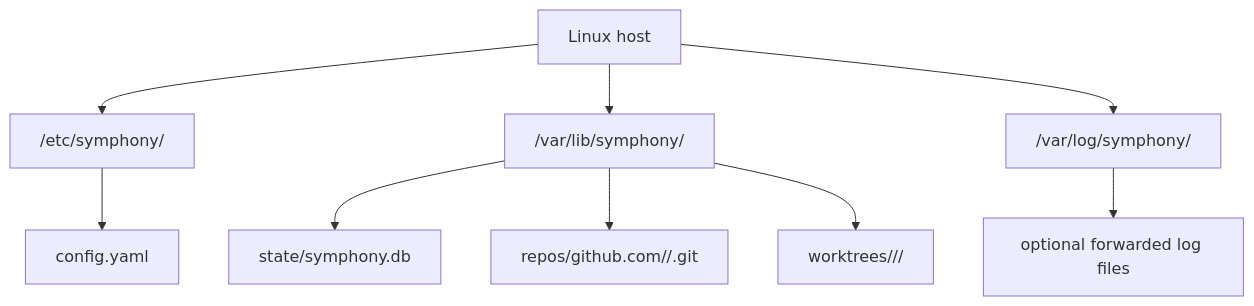
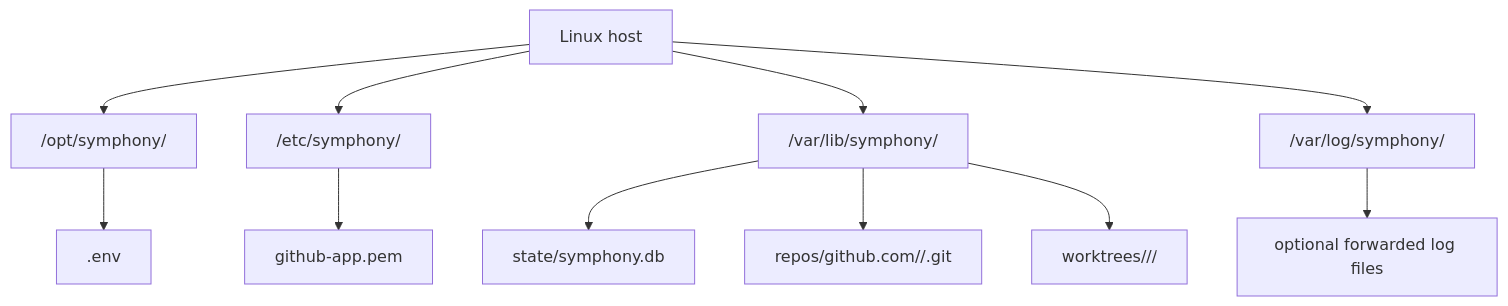
The diagram in docs/setup/linux-host.md (mngeow/heimdall), drawn with Mermaid before and after one commit. The commit also changed other lines of this file and 22 other files, not shown here.

````diff
--- a/docs/setup/linux-host.md
+++ b/docs/setup/linux-host.md
@@ -39,11 +39,13 @@
 ```mermaid
 flowchart TB
-    Host["Linux host"] --> Etc["/etc/symphony/"]
+    Host["Linux host"] --> Project["/opt/symphony/"]
+    Host --> Etc["/etc/symphony/"]
     Host --> VarLib["/var/lib/symphony/"]
     Host --> VarLog["/var/log/symphony/"]
-    Etc --> Config["config.yaml"]
+    Project --> Config[".env"]
+    Etc --> Key["github-app.pem"]
     VarLib --> State["state/symphony.db"]
     VarLib --> Repos["repos/github.com/<owner>/<repo>.git"]
     VarLib --> Worktrees["worktrees/<provider>/<issue-key>/"]
     VarLog --> Logs["optional forwarded log files"]
 ```
````
